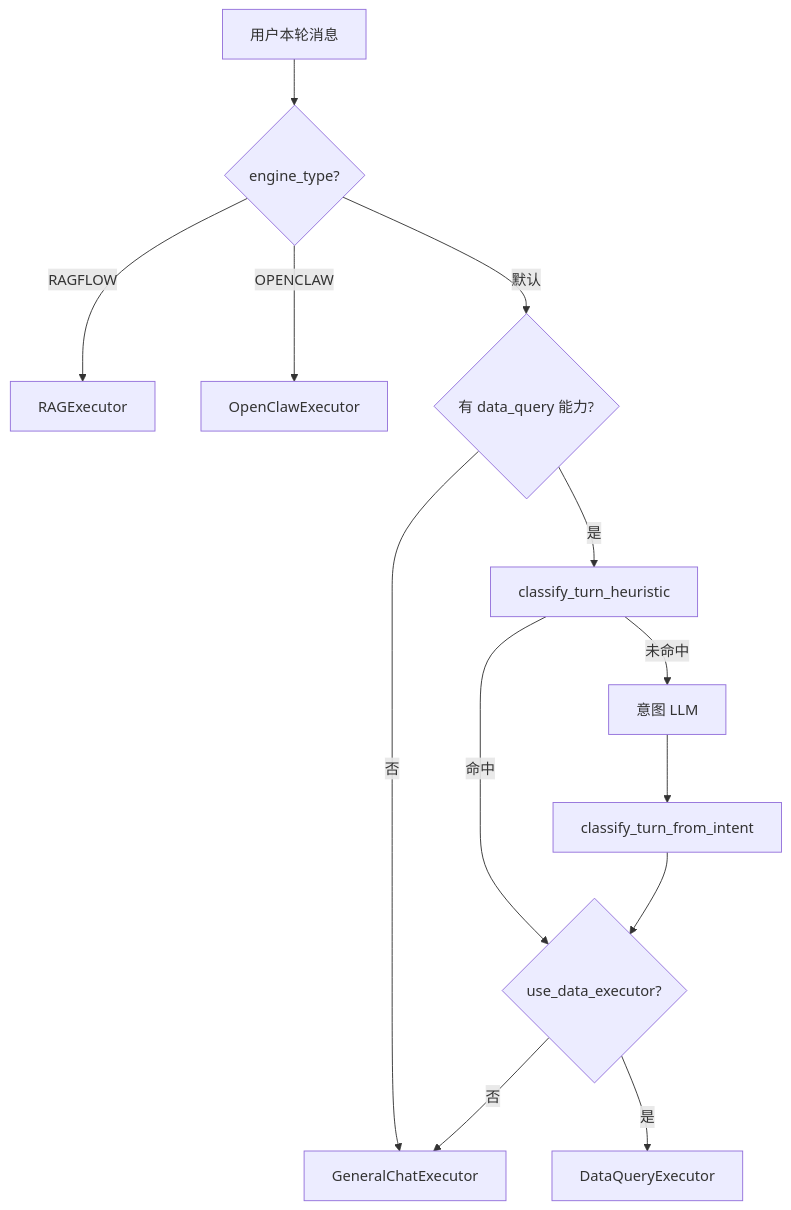
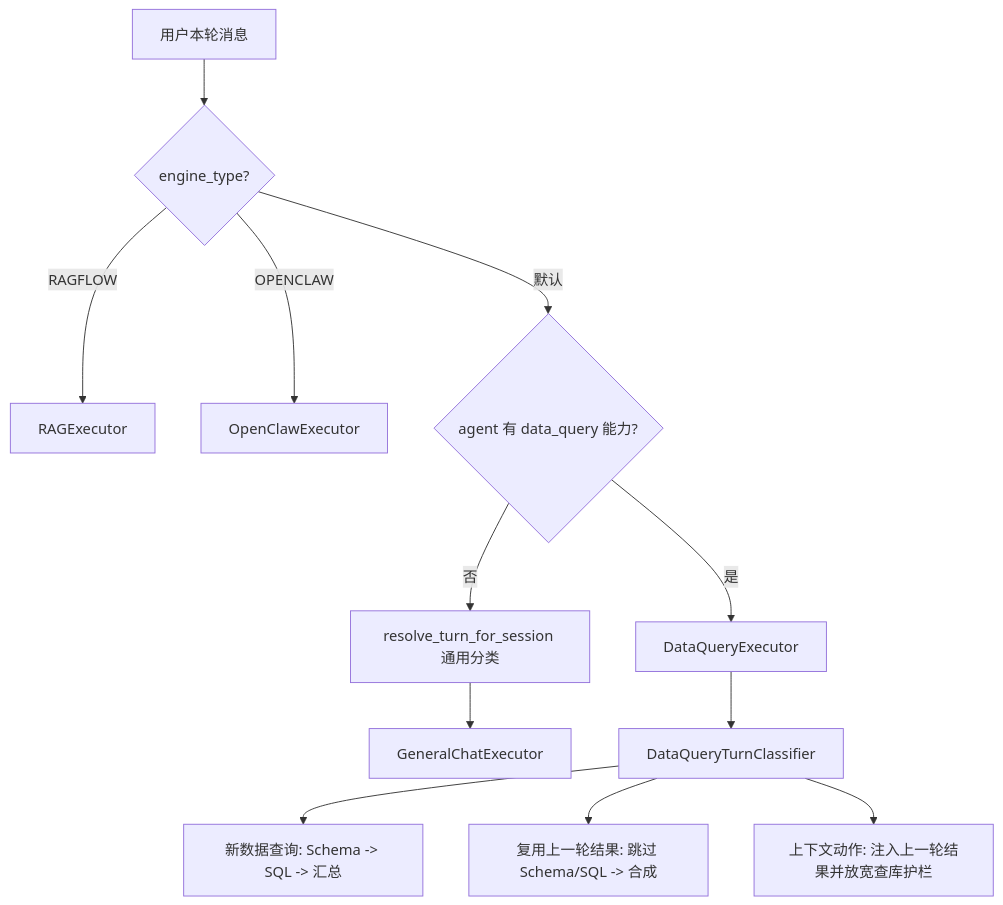
The second of 2 diagrams in architech/design/agent_execution_flow_review.md (kuangwong/yunshu-ai-agent-platform), drawn with Mermaid before and after one commit. The commit also changed other lines of this file and 28 other files, not shown here.

````diff
--- a/architech/design/agent_execution_flow_review.md
+++ b/architech/design/agent_execution_flow_review.md
@@ -66,15 +84,14 @@
 ```mermaid
 flowchart TD
-    A[用户本轮消息] --> B{engine_type?}
-    B -->|RAGFLOW| R[RAGExecutor]
-    B -->|OPENCLAW| O[OpenClawExecutor]
-    B -->|默认| C{有 data_query 能力?}
-    C -->|否| G[GeneralChatExecutor]
-    C -->|是| H[classify_turn_heuristic]
-    H -->|命中| I{use_data_executor?}
-    H -->|未命中| J[意图 LLM]
-    J --> K[classify_turn_from_intent]
-    K --> I
-    I -->|是| D[DataQueryExecutor]
-    I -->|否| G
+    A["用户本轮消息"] --> B{"engine_type?"}
+    B -->|"RAGFLOW"| R["RAGExecutor"]
+    B -->|"OPENCLAW"| O["OpenClawExecutor"]
+    B -->|"默认"| C{"agent 有 data_query 能力?"}
+    C -->|"是"| D["DataQueryExecutor"]
+    C -->|"否"| H["resolve_turn_for_session 通用分类"]
+    H --> G["GeneralChatExecutor"]
+    D --> Q["DataQueryTurnClassifier"]
+    Q --> N["新数据查询: Schema -> SQL -> 汇总"]
+    Q --> P["复用上一轮结果: 跳过 Schema/SQL -> 合成"]
+    Q --> A2["上下文动作: 注入上一轮结果并放宽查库护栏"]
 ```
````
